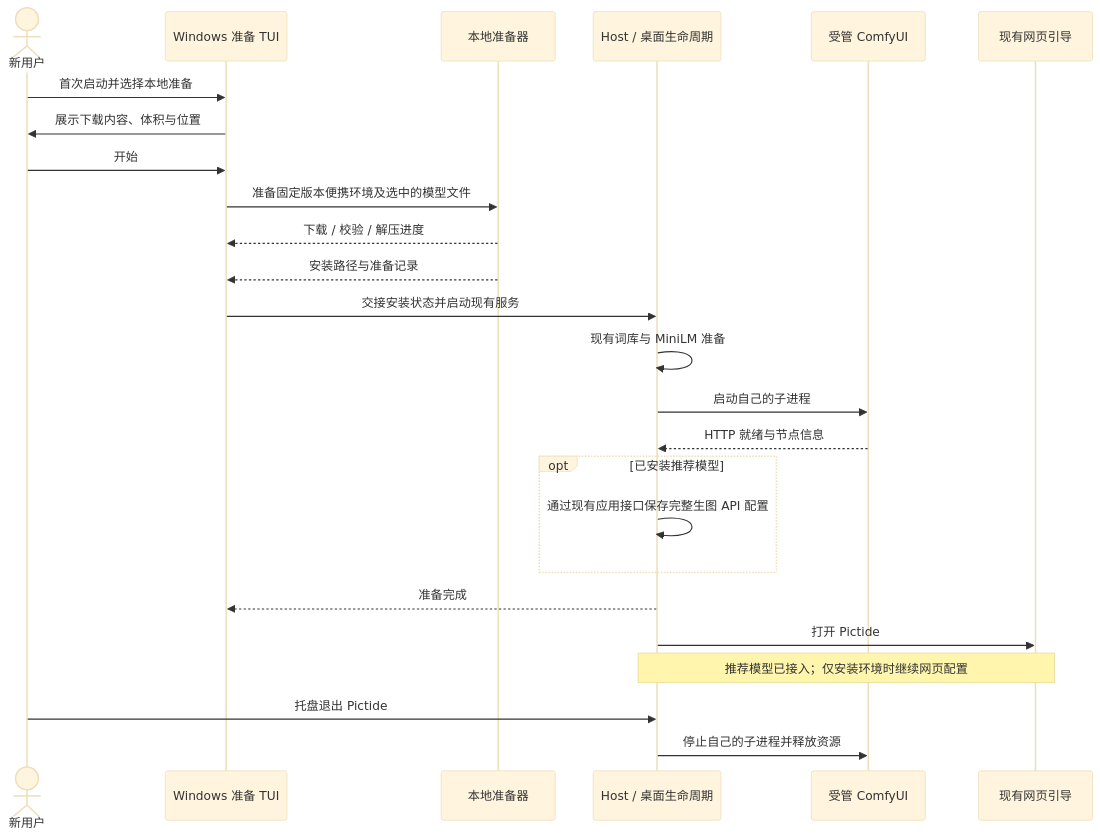
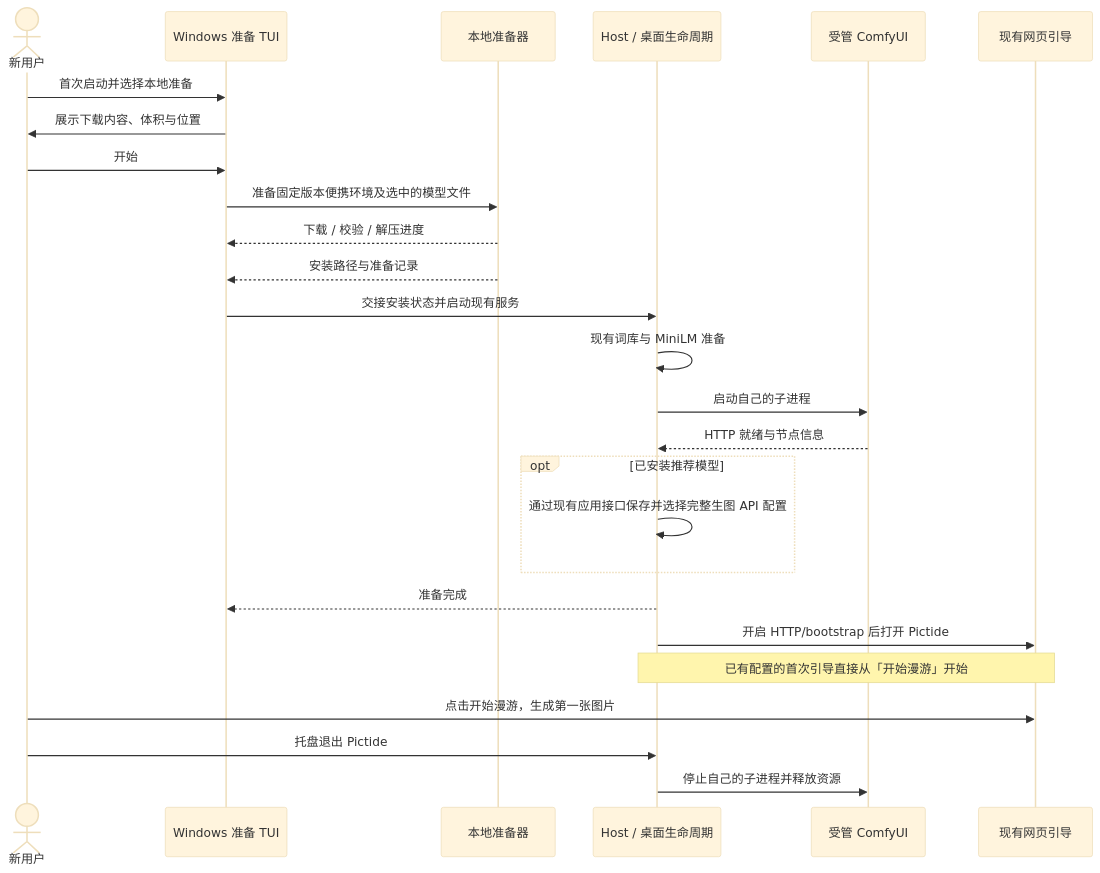
The second of 2 diagrams in docs/dev/issues/windows-first-run-tui.md (Lykr/pictide), drawn with Mermaid (base theme) before and after one commit. The commit also changed other lines of this file and 23 other files, not shown here.

````diff
--- a/docs/dev/issues/windows-first-run-tui.md
+++ b/docs/dev/issues/windows-first-run-tui.md
@@ -96,27 +99,28 @@
 ```mermaid
 sequenceDiagram
     actor User as 新用户
     participant TUI as Windows 准备 TUI
     participant Installer as 本地准备器
     participant Host as Host / 桌面生命周期
     participant Comfy as 受管 ComfyUI
     participant Web as 现有网页引导
     User->>TUI: 首次启动并选择本地准备
     TUI->>User: 展示下载内容、体积与位置
     User->>TUI: 开始
     TUI->>Installer: 准备固定版本便携环境及选中的模型文件
     Installer-->>TUI: 下载 / 校验 / 解压进度
     Installer-->>TUI: 安装路径与准备记录
     TUI->>Host: 交接安装状态并启动现有服务
     Host->>Host: 现有词库与 MiniLM 准备
     Host->>Comfy: 启动自己的子进程
     Comfy-->>Host: HTTP 就绪与节点信息
     opt 已安装推荐模型
-        Host->>Host: 通过现有应用接口保存完整生图 API 配置
+        Host->>Host: 通过现有应用接口保存并选择完整生图 API 配置
     end
     Host-->>TUI: 准备完成
-    Host->>Web: 打开 Pictide
-    Note over Host,Web: 推荐模型已接入；仅安装环境时继续网页配置
+    Host->>Web: 开启 HTTP/bootstrap 后打开 Pictide
+    Note over Host,Web: 已有配置的首次引导直接从「开始漫游」开始
+    User->>Web: 点击开始漫游，生成第一张图片
     User->>Host: 托盘退出 Pictide
     Host->>Comfy: 停止自己的子进程并释放资源
 ```
````
